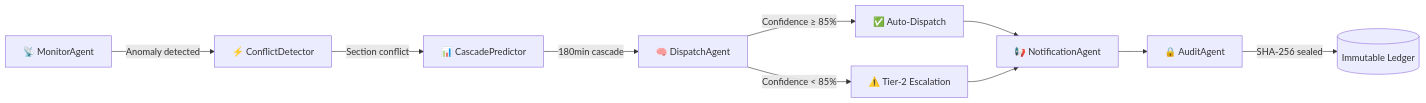
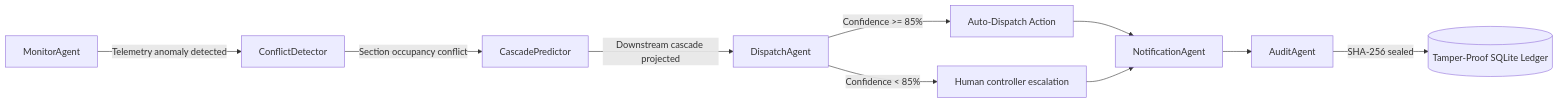
One commit to Gaurav711cgu/Rail_Mind changed the second of 2 diagrams in README.md. Above: the diagram before and after it, drawn with Mermaid. The commit also changed other lines of this file, not shown here.

````diff
--- a/README.md
+++ b/README.md
@@ -73,12 +78,12 @@
 ```mermaid
 graph LR
-    A[📡 MonitorAgent] -->|"Anomaly detected"| B[⚡ ConflictDetector]
-    B -->|"Section conflict"| C[📊 CascadePredictor]
-    C -->|"180min cascade"| D[🧠 DispatchAgent]
-    D -->|"Confidence ≥ 85%"| E[✅ Auto-Dispatch]
-    D -->|"Confidence < 85%"| F[⚠️ Tier-2 Escalation]
-    E --> G[📢 NotificationAgent]
+    A[MonitorAgent] -->|"Telemetry anomaly detected"| B[ConflictDetector]
+    B -->|"Section occupancy conflict"| C[CascadePredictor]
+    C -->|"Downstream cascade projected"| D[DispatchAgent]
+    D -->|"Confidence >= 85%"| E[Auto-Dispatch Action]
+    D -->|"Confidence < 85%"| F[Human controller escalation]
+    E --> G[NotificationAgent]
     F --> G
-    G --> H[🔒 AuditAgent]
-    H -->|"SHA-256 sealed"| I[(Immutable Ledger)]
+    G --> H[AuditAgent]
+    H -->|"SHA-256 sealed"| I[(Tamper-Proof SQLite Ledger)]
 ```
````
